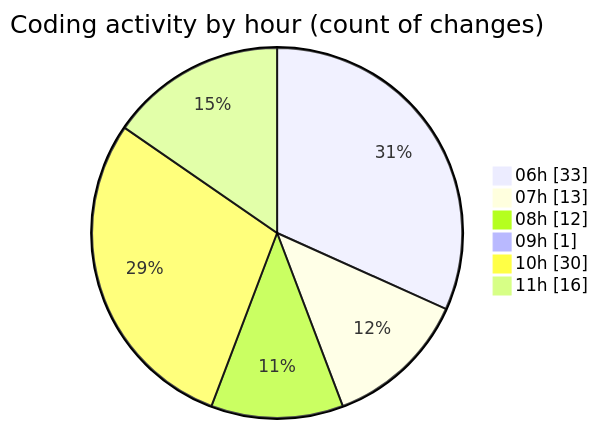
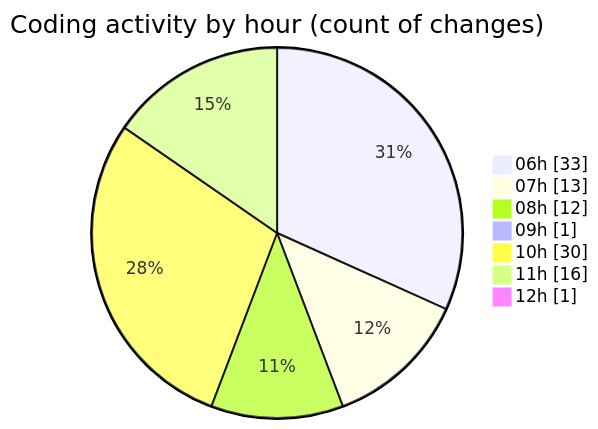
One commit to charlie-sans/code-tracking changed the second of 2 diagrams in 2025-02-21/micros/README.md. Above: the diagram before and after it, drawn with Mermaid. The commit also changed other lines of this file and 1 other file, not shown here.

````diff
--- a/2025-02-21/micros/README.md
+++ b/2025-02-21/micros/README.md
@@ -81,10 +82,11 @@
 ```mermaid
 pie showData
 title Coding activity by hour (count of changes)
 "06h" : 33
 "07h" : 13
 "08h" : 12
 "09h" : 1
 "10h" : 30
 "11h" : 16
+"12h" : 1
 ```
````
